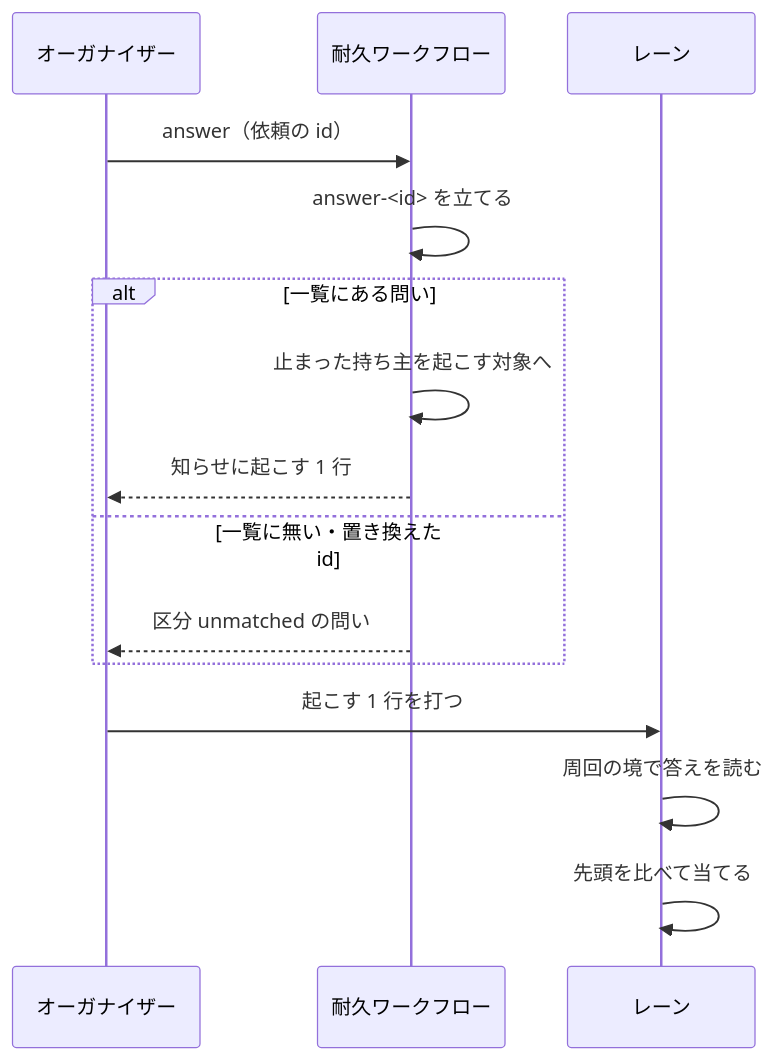
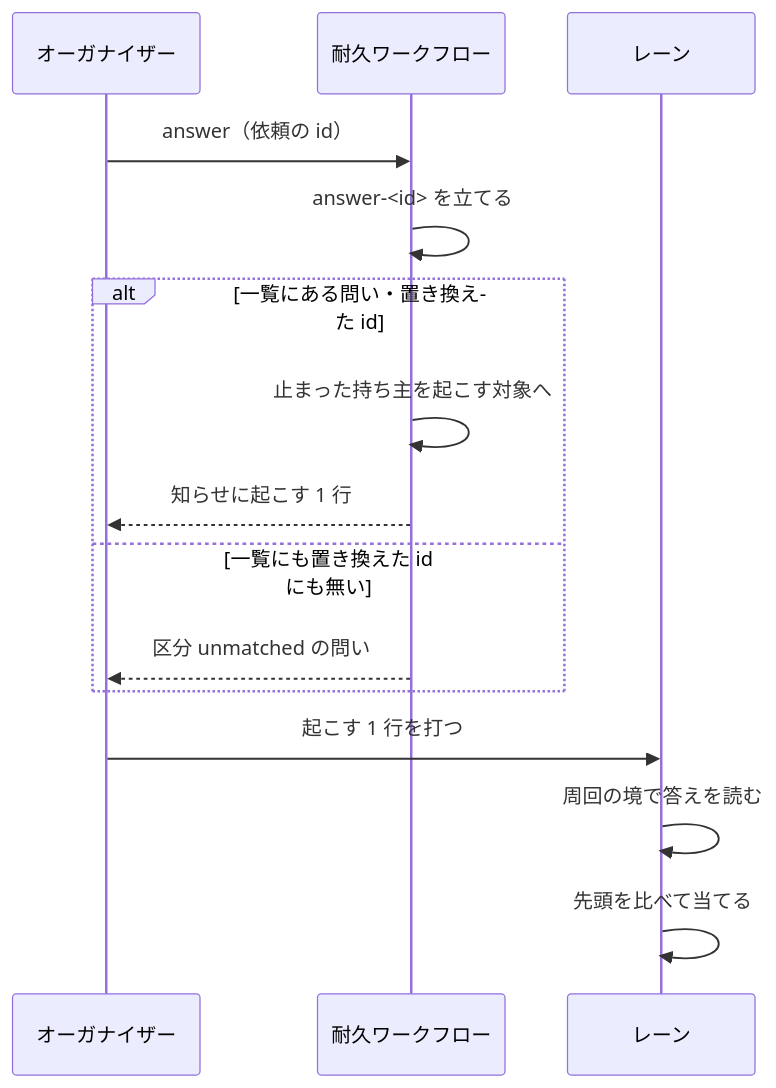
Before and after one commit to devbasex/ai-plugins: the eighth of 10 diagrams in issues/issue-2510-design.md, drawn with Mermaid. The commit also changed other lines of this file and 2 other files, not shown here.

Commit message:
Docs: #2510 の設計で、締めの突き合わせが表を本文へ写すこと・前の依頼の id を判定済みにすること・置き換えた id の答えで持ち主を起こすことを定める

````diff
--- a/issues/issue-2510-design.md
+++ b/issues/issue-2510-design.md
@@ -370,17 +370,17 @@
 ```mermaid
 sequenceDiagram
     participant O as オーガナイザー
     participant W as 耐久ワークフロー
     participant L as レーン
     O->>W: answer（依頼の id）
     W->>W: answer-<id> を立てる
-    alt 一覧にある問い
+    alt 一覧にある問い・置き換えた id
         W->>W: 止まった持ち主を起こす対象へ
         W-->>O: 知らせに起こす 1 行
-    else 一覧に無い・置き換えた id
+    else 一覧にも置き換えた id にも無い
         W-->>O: 区分 unmatched の問い
     end
     O->>L: 起こす 1 行を打つ
     L->>L: 周回の境で答えを読む
     L->>L: 先頭を比べて当てる
 ```
````
